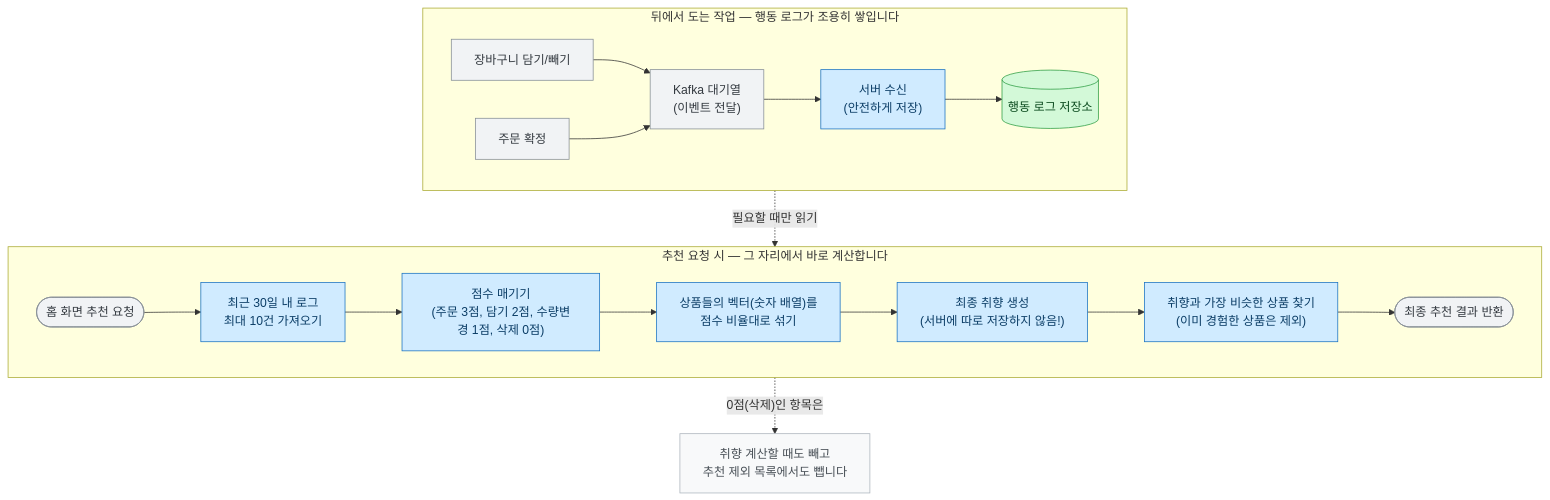
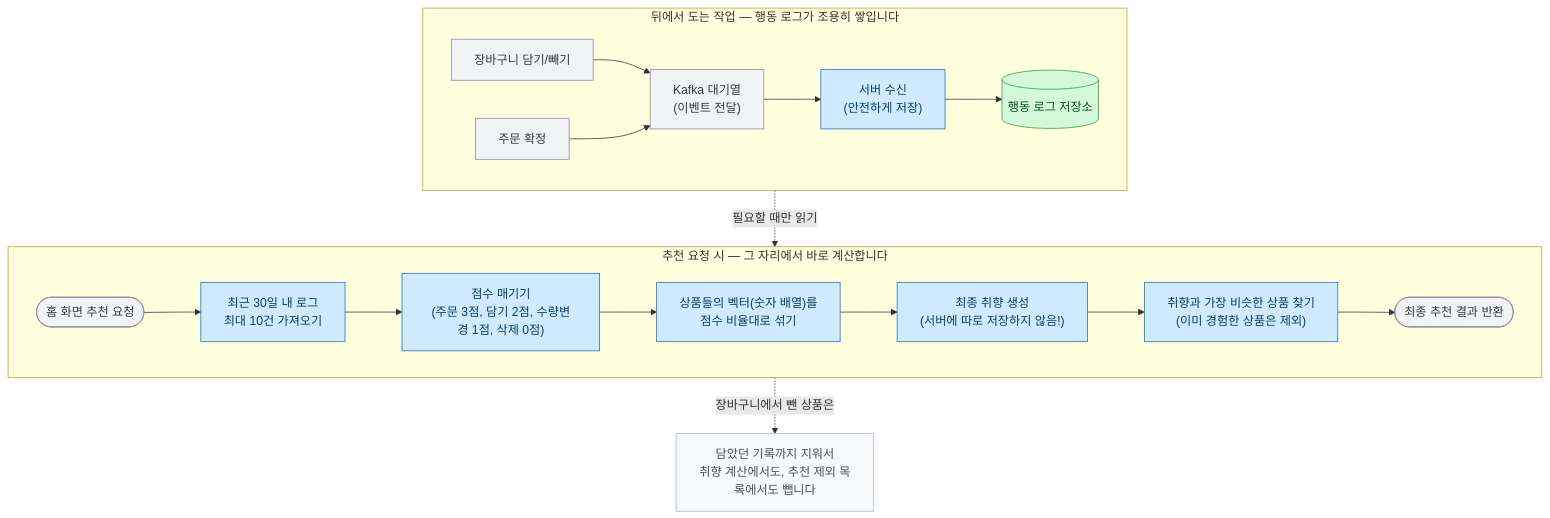
Before and after one commit to chhezue/baro-farm: the diagram in baro-ai/docs/features/taste-vector.md, drawn with Mermaid. The commit also changed other lines of this file and 5 other files, not shown here.

````diff
--- a/baro-ai/docs/features/taste-vector.md
+++ b/baro-ai/docs/features/taste-vector.md
@@ -21,32 +21,32 @@
 ```mermaid
 flowchart TB
     subgraph BG["뒤에서 도는 작업 — 행동 로그가 조용히 쌓입니다"]
         direction LR
         SH["장바구니 담기/빼기"] --> KF["Kafka 대기열<br/>(이벤트 전달)"]
         OR["주문 확정"] --> KF
         KF --> CON["서버 수신<br/>(안전하게 저장)"]
         CON --> LOG[("행동 로그 저장소")]
     end
 
     subgraph RQ["추천 요청 시 — 그 자리에서 바로 계산합니다"]
         direction LR
         Q(["홈 화면 추천 요청"]) --> READ["최근 30일 내 로그<br/>최대 10건 가져오기"]
         READ --> W["점수 매기기<br/>(주문 3점, 담기 2점, 수량변경 1점, 삭제 0점)"]
         W --> BLEND["상품들의 벡터(숫자 배열)를<br/>점수 비율대로 섞기"]
         BLEND --> TP["최종 취향 생성<br/>(서버에 따로 저장하지 않음!)"]
         TP --> PIPE["취향과 가장 비슷한 상품 찾기<br/>(이미 경험한 상품은 제외)"]
         PIPE --> ANS(["최종 추천 결과 반환"])
     end
 
-    W -.0점(삭제)인 항목은.-> DROP["취향 계산할 때도 빼고<br/>추천 제외 목록에서도 뺍니다"]
+    W -.장바구니에서 뺀 상품은.-> DROP["담았던 기록까지 지워서<br/>취향 계산에서도, 추천 제외 목록에서도 뺍니다"]
     LOG -.필요할 때만 읽기.-> READ
 
     classDef srv fill:#D0EBFF,stroke:#1971C2,color:#0B3D66
     classDef ext fill:#F1F3F5,stroke:#868E96,color:#343A40
     classDef store fill:#D3F9D8,stroke:#2F9E44,color:#0B4A1E
     classDef muted fill:#F8F9FA,stroke:#ADB5BD,color:#495057
     class CON,READ,W,BLEND,TP,PIPE srv
     class SH,OR,KF,Q,ANS ext
     class LOG store
     class DROP muted
 ```
````
